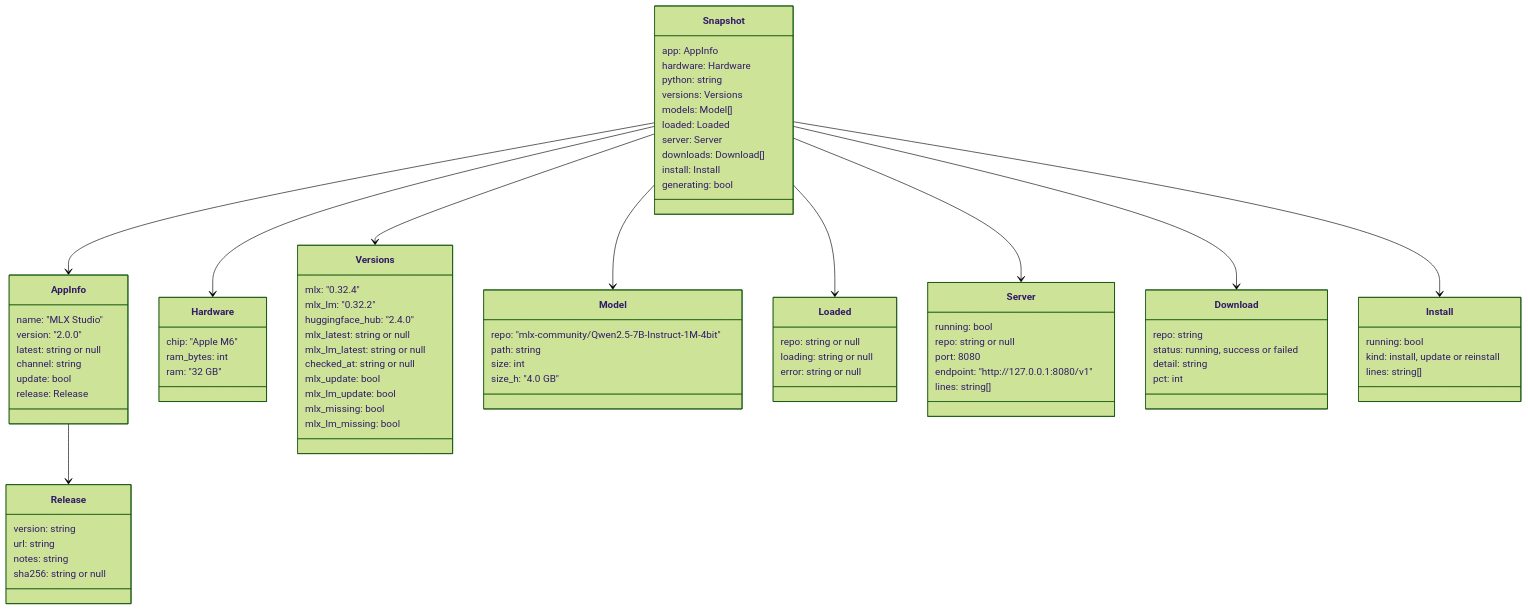
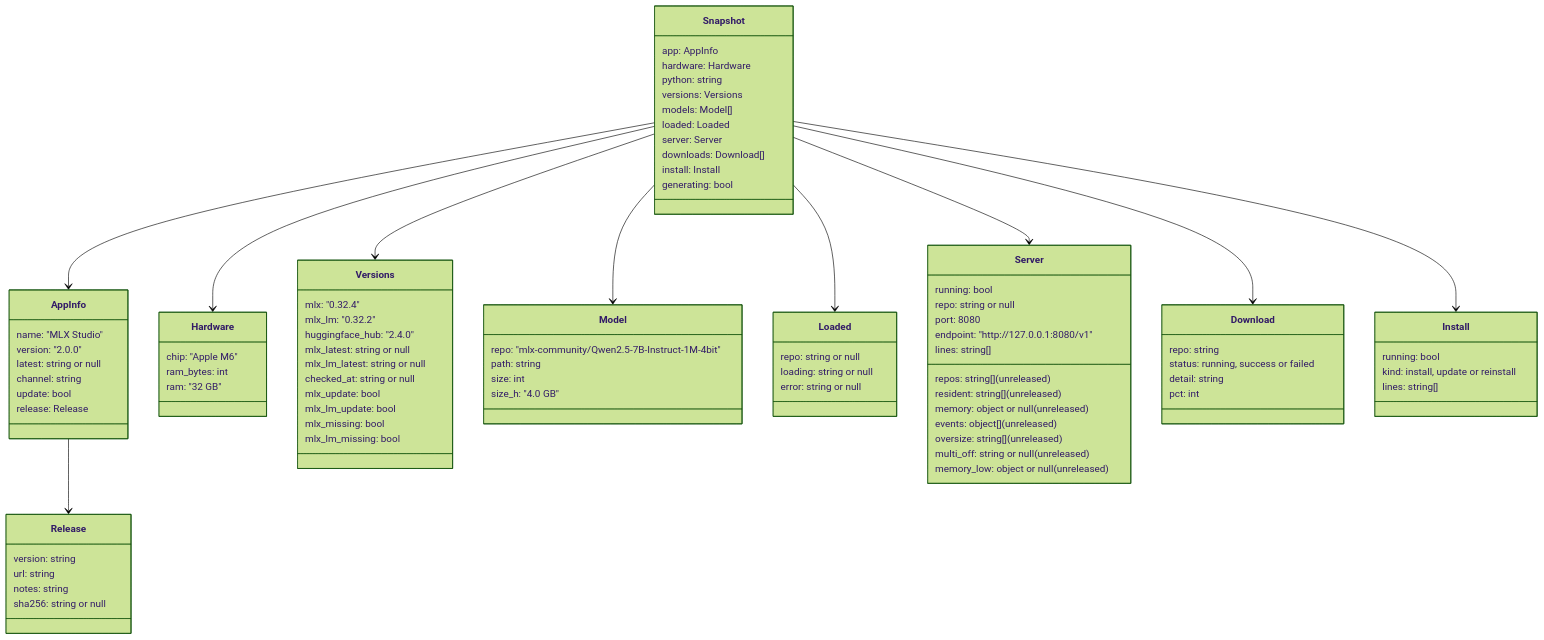
Before and after one commit to DipeshPansuriya/MLX_Model_App: the diagram in docs/diagrams/state-model.md, drawn with Mermaid (forest theme). The commit also changed other lines of this file and 9 other files, not shown here.

```diff
--- a/docs/diagrams/state-model.md
+++ b/docs/diagrams/state-model.md
@@ -83,6 +83,13 @@
         port: 8080
         endpoint: "http://127.0.0.1:8080/v1"
         lines: string[]
+        repos: string[] (unreleased)
+        resident: string[] (unreleased)
+        memory: object or null (unreleased)
+        events: object[] (unreleased)
+        oversize: string[] (unreleased)
+        multi_off: string or null (unreleased)
+        memory_low: object or null (unreleased)
     }
 
     class Download {
```
